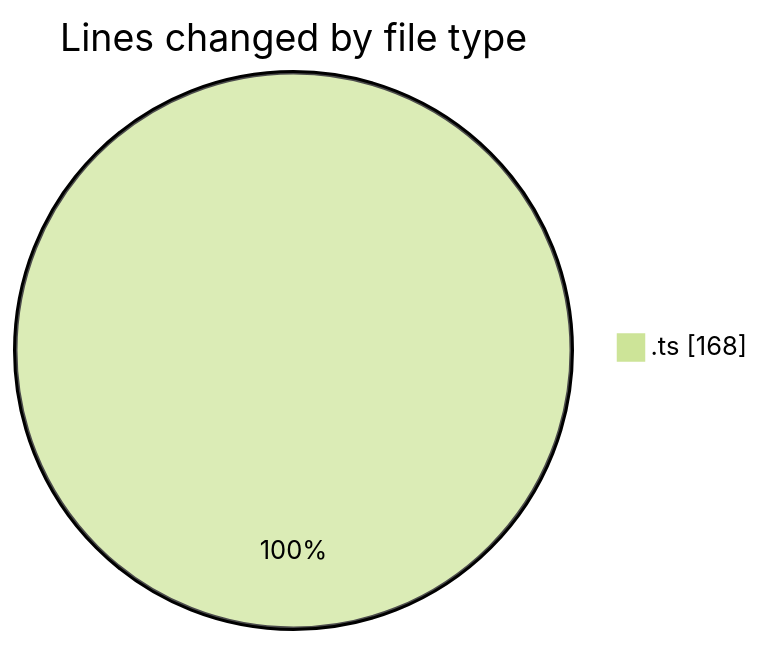
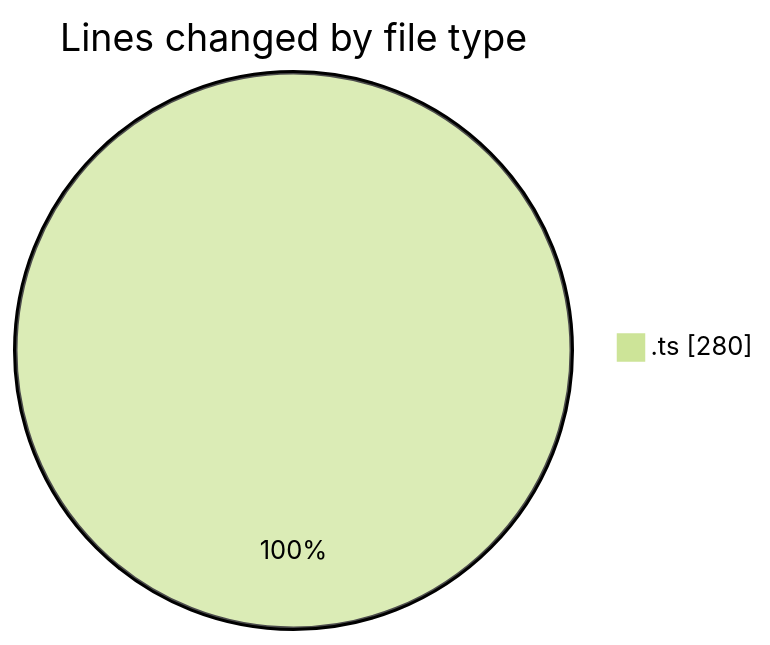
Before and after one commit to julien-gomy/code-tracking: the first of 2 diagrams in 2025-11-13/eventscop-frontend-guide__workspace_/README.md, drawn with Mermaid (forest theme). The commit also changed other lines of this file and 1 other file, not shown here.

````diff
--- a/2025-11-13/eventscop-frontend-guide__workspace_/README.md
+++ b/2025-11-13/eventscop-frontend-guide__workspace_/README.md
@@ -21,5 +22,5 @@
 ```mermaid
 pie showData
 title Lines changed by file type
-".ts" : 168
+".ts" : 280
 ```
````
